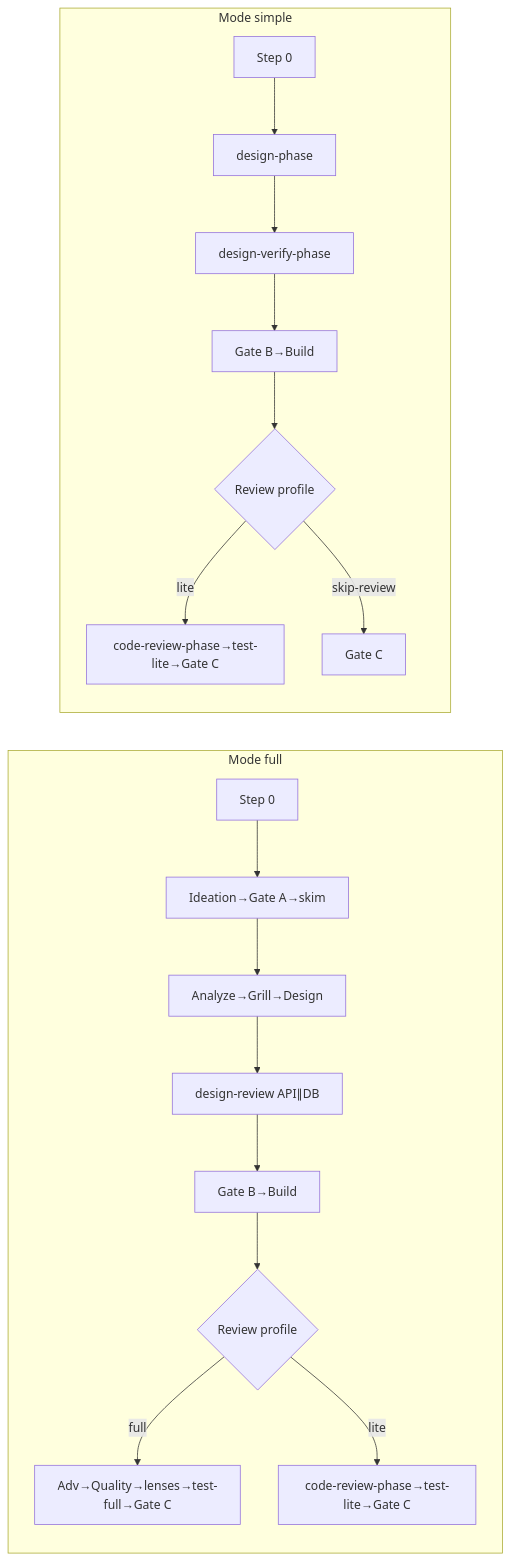
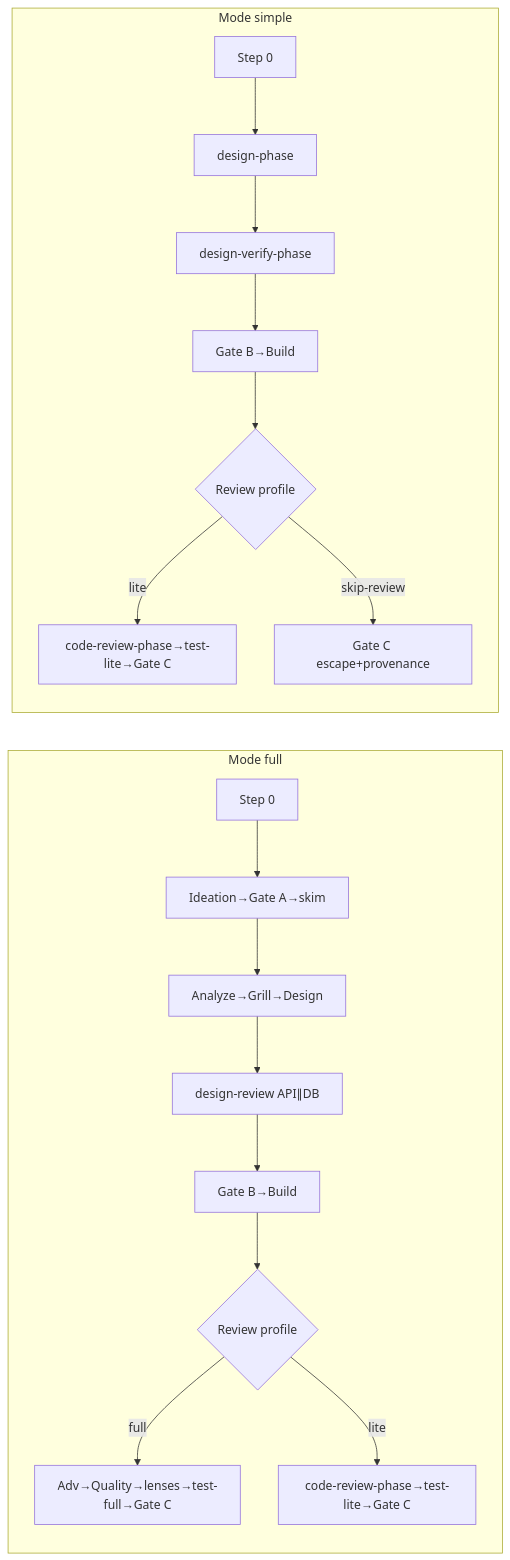
Before and after one commit to ezcafe/dotfiles: the diagram in AI/skills/my-dev-flow/stages.md, drawn with Mermaid. The commit also changed other lines of this file and 27 other files, not shown here.

````diff
--- a/AI/skills/my-dev-flow/stages.md
+++ b/AI/skills/my-dev-flow/stages.md
@@ -45,20 +45,20 @@
 ```mermaid
 flowchart LR
   subgraph full [Mode full]
     F0[Step 0] --> F1[Ideation→Gate A→skim]
     F1 --> F2[Analyze→Grill→Design]
     F2 --> F3[design-review API∥DB]
     F3 --> F4[Gate B→Build]
     F4 --> F5{Review profile}
     F5 -->|full| F6[Adv→Quality→lenses→test-full→Gate C]
     F5 -->|lite| F7[code-review-phase→test-lite→Gate C]
   end
   subgraph simple [Mode simple]
     S0[Step 0] --> S1[design-phase]
     S1 --> S2[design-verify-phase]
     S2 --> S3[Gate B→Build]
     S3 --> S4{Review profile}
     S4 -->|lite| S5[code-review-phase→test-lite→Gate C]
-    S4 -->|skip-review| S6[Gate C]
+    S4 -->|skip-review| S6[Gate C escape+provenance]
   end
 ```
````
